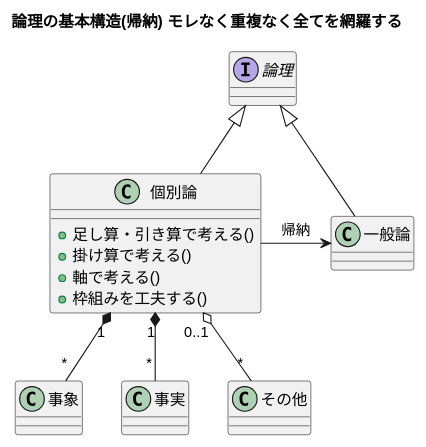
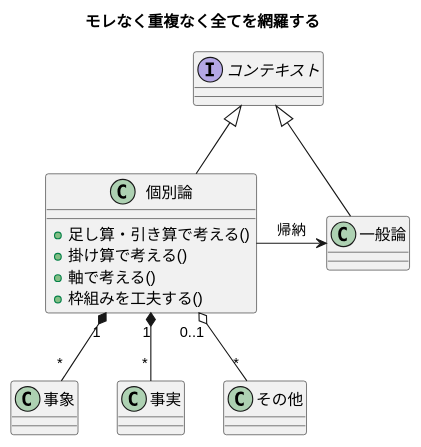
Diagram 13 of 19 in docs/slides/episode03.md (k2works/pragmatic-presentation-exercise-2024), drawn with PlantUML before and after one commit. The commit also changed other lines of this file, not shown here.

````diff
--- a/docs/slides/episode03.md
+++ b/docs/slides/episode03.md
@@ -319,33 +437,33 @@
 ```plantuml
 @startuml
 
-title 論理の基本構造(帰納) モレなく重複なく全てを網羅する
+title モレなく重複なく全てを網羅する
 
 
-interface "論理" as A 
+interface "コンテキスト" as A 
 
 class "一般論" as B
 
 class "個別論" as C {
   + 足し算・引き算で考える()
   + 掛け算で考える()
   + 軸で考える()
   + 枠組みを工夫する()
 }
 
 class "事象" as D
 
 class "事実" as E
 
 class "その他" as F
 
 A <|-- B
 A <|-- C
 C -> B : 帰納
 
 C "1" *-- "*" D 
 C "1" *-- "*" E 
 C "0..1" o-- "*" F
 
 @enduml
 ```
````
